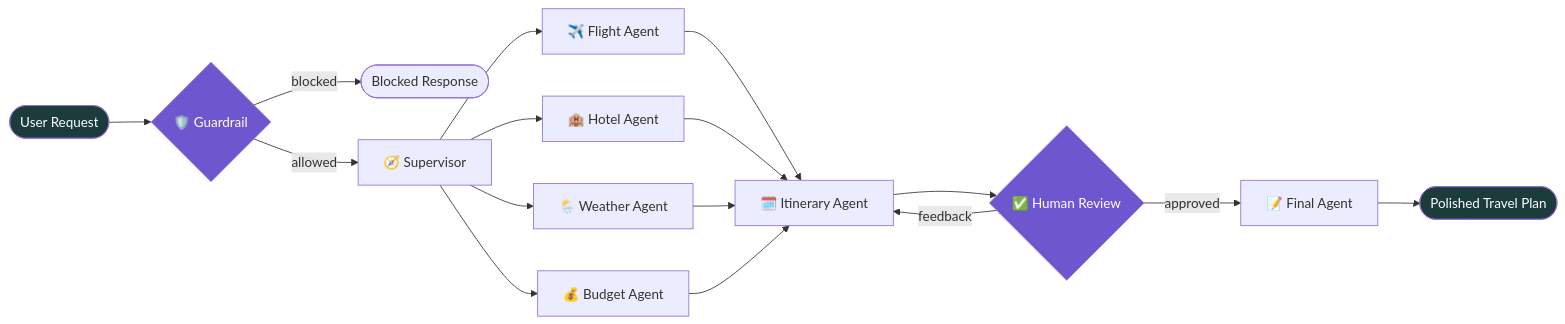
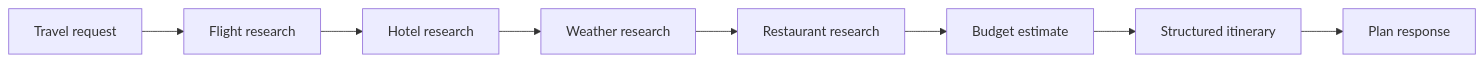
One commit to diveshkumar2233/TripMate-AI-Multi-Agent-Travel-Planner changed the diagram in README.md. Above: the diagram before and after it, drawn with Mermaid. The commit also changed other lines of this file and 11 other files, not shown here.

````diff
--- a/README.md
+++ b/README.md
@@ -46,23 +18,10 @@
 ```mermaid
 flowchart LR
-    A([User Request]) --> G{🛡️ Guardrail}
-    G -- blocked --> X([Blocked Response])
-    G -- allowed --> S[🧭 Supervisor]
-    S --> F[✈️ Flight Agent]
-    S --> H[🏨 Hotel Agent]
-    S --> W[🌦️ Weather Agent]
-    S --> B[💰 Budget Agent]
-    F --> I[🗓️ Itinerary Agent]
-    H --> I
-    W --> I
-    B --> I
-    I --> HITL{✅ Human Review}
-    HITL -- approved --> Fin[📝 Final Agent]
-    HITL -- feedback --> I
-    Fin --> Done([Polished Travel Plan])
-
-    style A fill:#1C3C3C,color:#fff
-    style Done fill:#1C3C3C,color:#fff
-    style G fill:#6E56CF,color:#fff
-    style HITL fill:#6E56CF,color:#fff
+    A[Travel request] --> F[Flight research]
+    F --> H[Hotel research]
+    H --> W[Weather research]
+    W --> R[Restaurant research]
+    R --> B[Budget estimate]
+    B --> I[Structured itinerary]
+    I --> O[Plan response]
 ```
````
